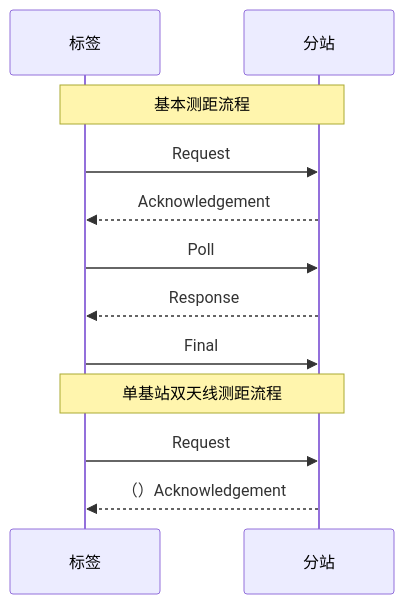
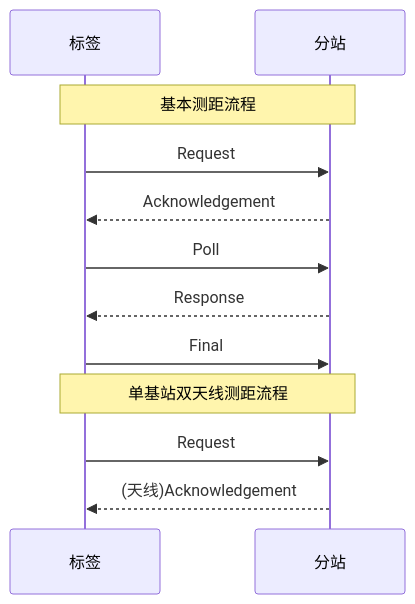
One commit to geek-zhao/iodraw-files changed the diagram in all/未命名.md. Above: the diagram before and after it, drawn with Mermaid.

Commit message:
2024-08-17 14:05:21 update

````diff
--- a/all/未命名.md
+++ b/all/未命名.md
@@ -1,20 +1,20 @@
 ```mermaid
 sequenceDiagram
     participant tag as 标签
     participant anchor as 分站
 
     Note over tag,anchor: 基本测距流程
 
     tag->>anchor: Request
     anchor-->>tag: Acknowledgement
     tag->>anchor: Poll
     anchor-->>tag: Response
     tag->>anchor: Final       
 
     Note over tag,anchor: 单基站双天线测距流程
 
     tag->>anchor: Request
-    anchor-->>tag: （）Acknowledgement
+    anchor-->>tag: (天线)Acknowledgement
 
 
 ```
````
